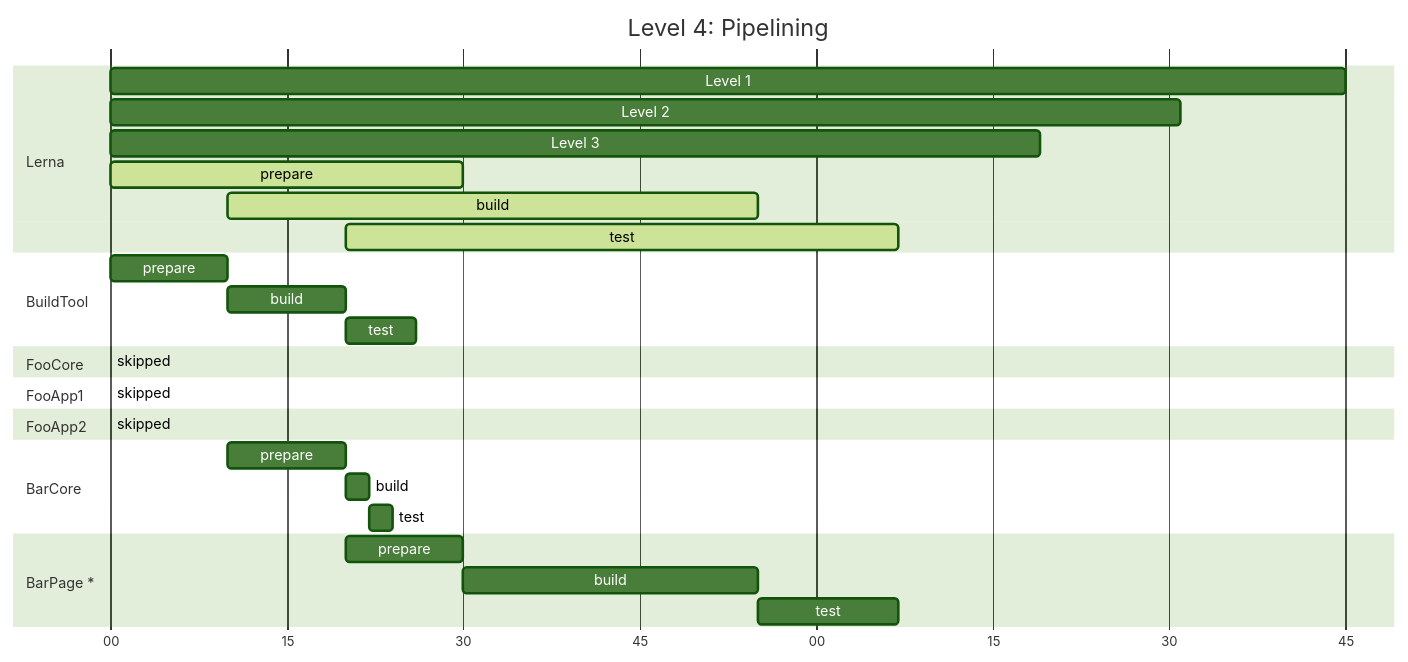
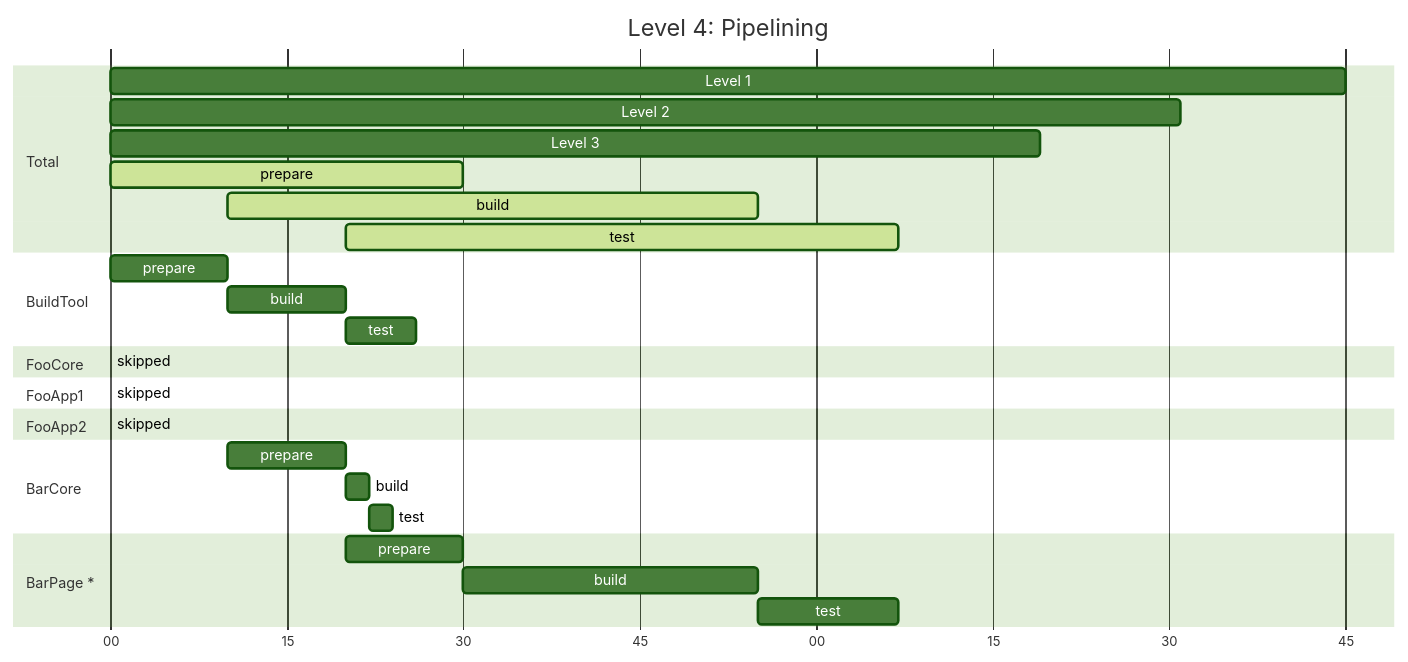
One commit to microsoft/lage changed the fifth of 5 diagrams in docs/guide/levels.md. Above: the diagram before and after it, drawn with Mermaid (forest theme). The commit also changed other lines of this file, not shown here.

````diff
--- a/docs/guide/levels.md
+++ b/docs/guide/levels.md
@@ -157,38 +157,38 @@
 ```mermaid
 gantt
 	title Level 4: Pipelining
 	dateFormat  s
   axisFormat  %S
 
-  section Lerna
+  section Total
 	Level 1: 0, 105s
 	Level 2: 0, 91s
 	Level 3: 0, 79s
-  prepare: active, lerna_prepare, 0, 30s
-	build  : active, lerna_build, 10, 45s
-  test  : active, lerna_test, 20, 47s
+  prepare: active, total_prepare, 0, 30s
+	build  : active, total_build, 10, 45s
+  test  : active, total_test, 20, 47s
 
 	section BuildTool
 	prepare: bt_prepare, 0, 10s
 	build  : bt_build, after bt_prepare, 10s
 	test   : bt_test, after bt_build, 6s
 
 	section FooCore
 	skipped: 0
 
   section FooApp1
 	skipped: 0
 
   section FooApp2
 	skipped: 0
 
   section BarCore
 	prepare: bc_prepare, after bt_prepare, 10s
 	build: bc_build, after bt_build, 2s
 	test: bc_test, after bc_build, 2s
 
   section BarPage *
 	prepare: bp_prepare, after bc_prepare, 10s
 	build: bp_build, after bp_prepare, 25s
 	test: bp_test, after bp_build, 12s
 ```
````
